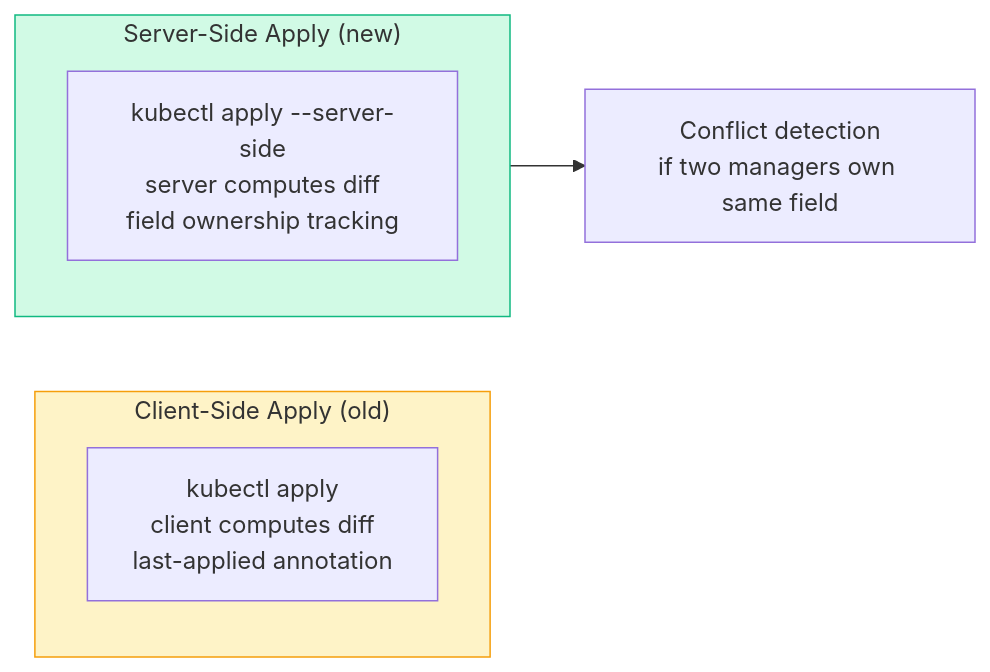
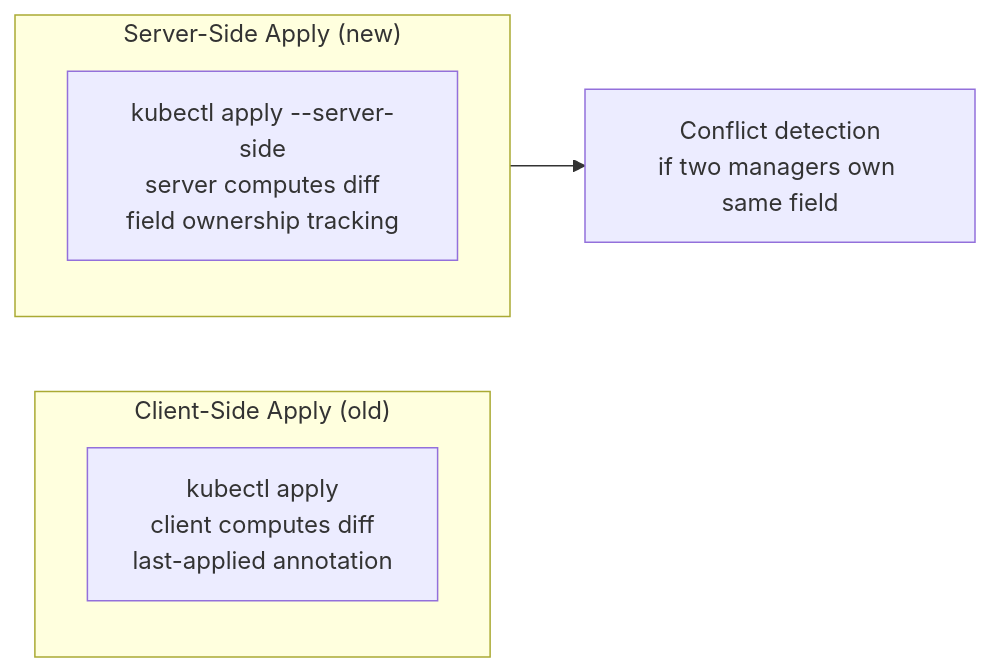
Before and after one commit to Gautam4424/k8slearn-content: the first of 2 diagrams in content/cka/16-advanced-kubectl-jsonpath-kustomize-server-side-apply/overview/overview.md, drawn with Mermaid. The commit also changed other lines of this file and 40 other files, not shown here.

Commit message:
chore: fix mermaid style regex

````diff
--- a/content/cka/16-advanced-kubectl-jsonpath-kustomize-server-side-apply/overview/overview.md
+++ b/content/cka/16-advanced-kubectl-jsonpath-kustomize-server-side-apply/overview/overview.md
@@ -251,13 +251,11 @@
 ```mermaid
 flowchart LR
     subgraph CSA["Client-Side Apply (old)"]
         C1["kubectl apply\nclient computes diff\nlast-applied annotation"]
     end
     subgraph SSA["Server-Side Apply (new)"]
         S1["kubectl apply --server-side\nserver computes diff\nfield ownership tracking"]
     end
     CONFLICT["Conflict detection\nif two managers own same field"]
     SSA --> CONFLICT
-    style SSA fill:#d1fae5,stroke:#10b981
-    style CSA fill:#fef3c7,stroke:#f59e0b
 ```
````
